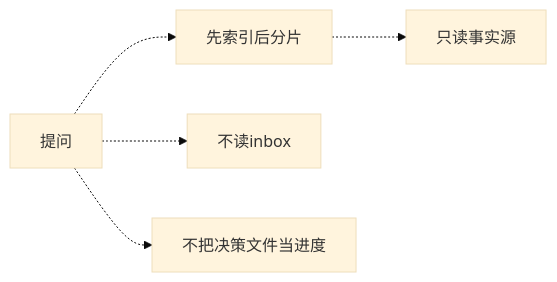
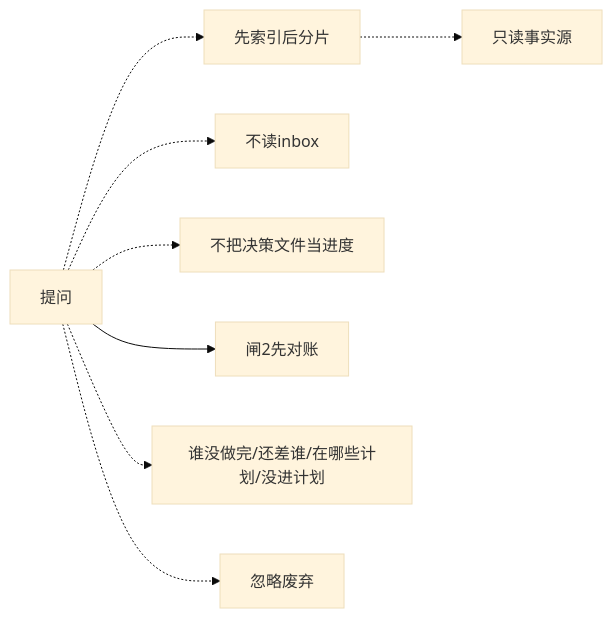
Before and after one commit to qiusuo0226/chrono-pm-skill: diagram 14 of 18 in ChronoPM-Project/SKILL_MODULE_MAP.md, drawn with Mermaid (base theme). The commit also changed other lines of this file and 3 other files, not shown here.

````diff
--- a/ChronoPM-Project/SKILL_MODULE_MAP.md
+++ b/ChronoPM-Project/SKILL_MODULE_MAP.md
@@ -145,7 +153,10 @@
 ```mermaid
 flowchart LR
   Q[提问] -.-> IDX[先索引后分片]
   IDX -.-> FS[只读事实源]
   Q -.-> NX[不读inbox]
   Q -.-> ND[不把决策文件当进度]
+  Q --> G2[闸2先对账]
+  Q -.-> R[谁没做完/还差谁/在哪些计划/没进计划]
+  Q -.-> AB[忽略废弃]
 ```
````
